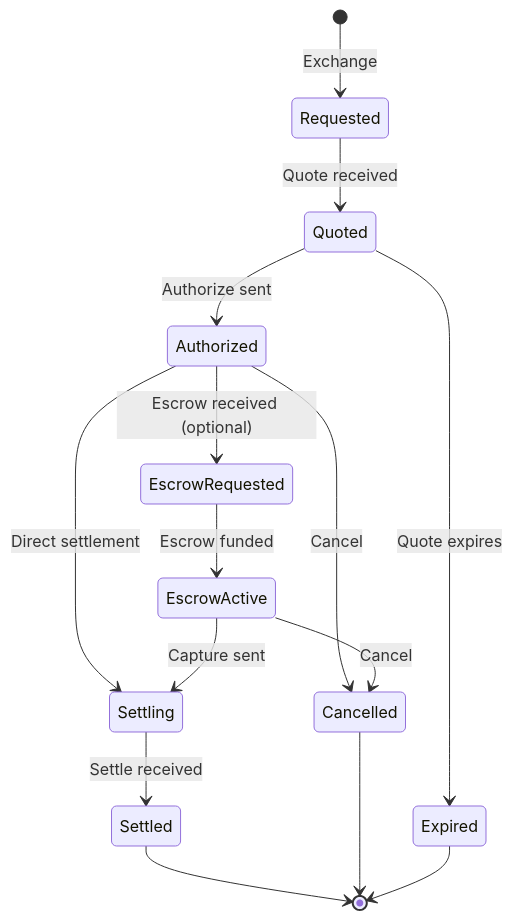
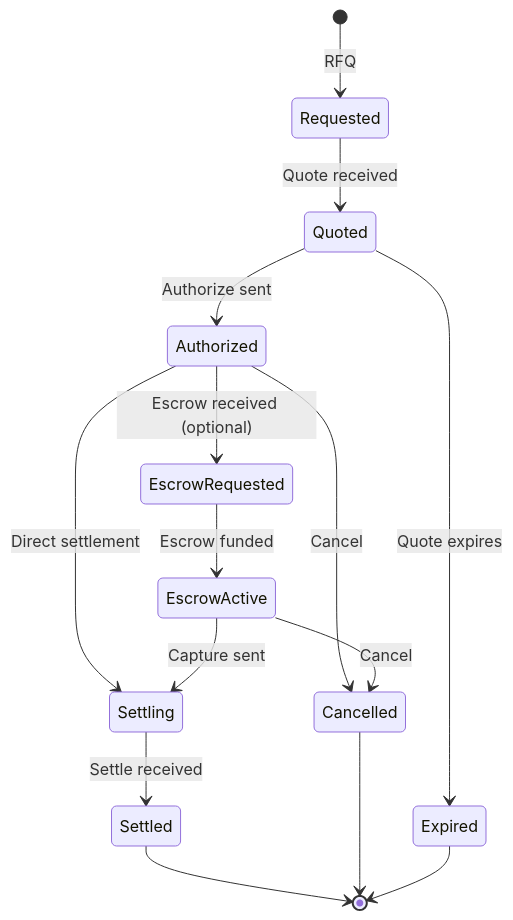
One commit to TransactionAuthorizationProtocol/TAIPs changed the first of 5 diagrams in TAIPs/taip-18.md. Above: the diagram before and after it, drawn with Mermaid. The commit also changed other lines of this file and 11 other files, not shown here.

First line of the commit message:
Rename TAIP-18 Exchange message type to RFQ

````diff
--- a/TAIPs/taip-18.md
+++ b/TAIPs/taip-18.md
@@ -455,17 +455,17 @@
 ```mermaid
 stateDiagram-v2
-    [*] --> Requested : Exchange
+    [*] --> Requested : RFQ
     Requested --> Quoted : Quote received
     Quoted --> Authorized : Authorize sent
     Authorized --> EscrowRequested : Escrow received (optional)
     Authorized --> Settling : Direct settlement
     EscrowRequested --> EscrowActive : Escrow funded
     EscrowActive --> Settling : Capture sent
     Settling --> Settled : Settle received
     Quoted --> Expired : Quote expires
     Authorized --> Cancelled : Cancel
     EscrowActive --> Cancelled : Cancel
     Settled --> [*]
     Cancelled --> [*]
     Expired --> [*]
 ```
````
